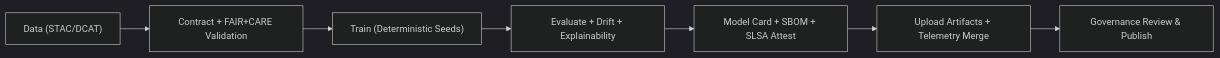
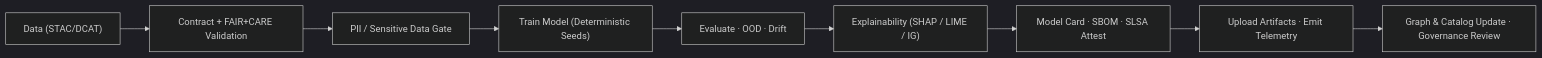
One commit to bartytime4life/Kansas-Frontier-Matrix changed the first of 2 diagrams in docs/workflows/ai-train.yml.md. Above: the diagram before and after it, drawn with Mermaid (dark theme). The commit also changed other lines of this file, not shown here.

````diff
--- a/docs/workflows/ai-train.yml.md
+++ b/docs/workflows/ai-train.yml.md
@@ -282,9 +346,11 @@
-```mermaid
+~~~mermaid
 flowchart LR
-  A["Data (STAC/DCAT)"] --> B["Contract + FAIR+CARE Validation"]
-  B --> C["Train (Deterministic Seeds)"]
-  C --> D["Evaluate + Drift + Explainability"]
-  D --> E["Model Card + SBOM + SLSA Attest"]
-  E --> F["Upload Artifacts + Telemetry Merge"]
-  F --> G["Governance Review & Publish"]
-```
+    A["Data (STAC/DCAT)"] --> B["Contract + FAIR+CARE Validation"]
+    B --> C["PII / Sensitive Data Gate"]
+    C --> D["Train Model (Deterministic Seeds)"]
+    D --> E["Evaluate · OOD · Drift"]
+    E --> F["Explainability (SHAP / LIME / IG)"]
+    F --> G["Model Card · SBOM · SLSA Attest"]
+    G --> H["Upload Artifacts · Emit Telemetry"]
+    H --> I["Graph & Catalog Update · Governance Review"]
+~~~
````
